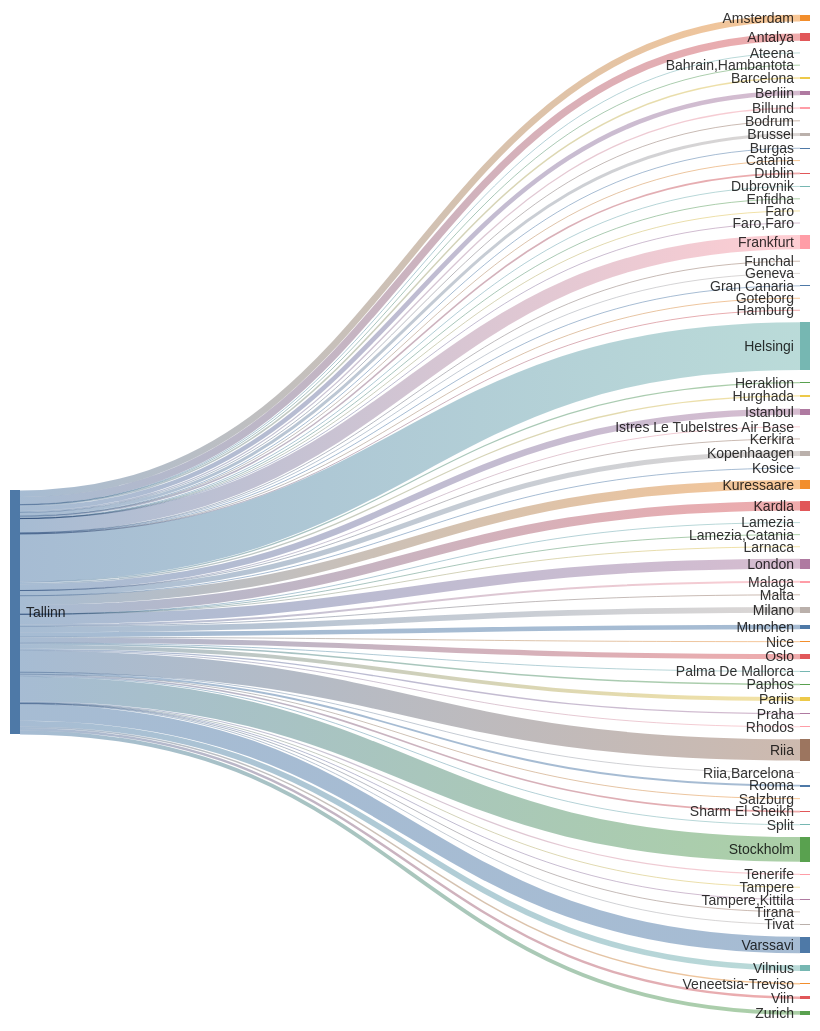
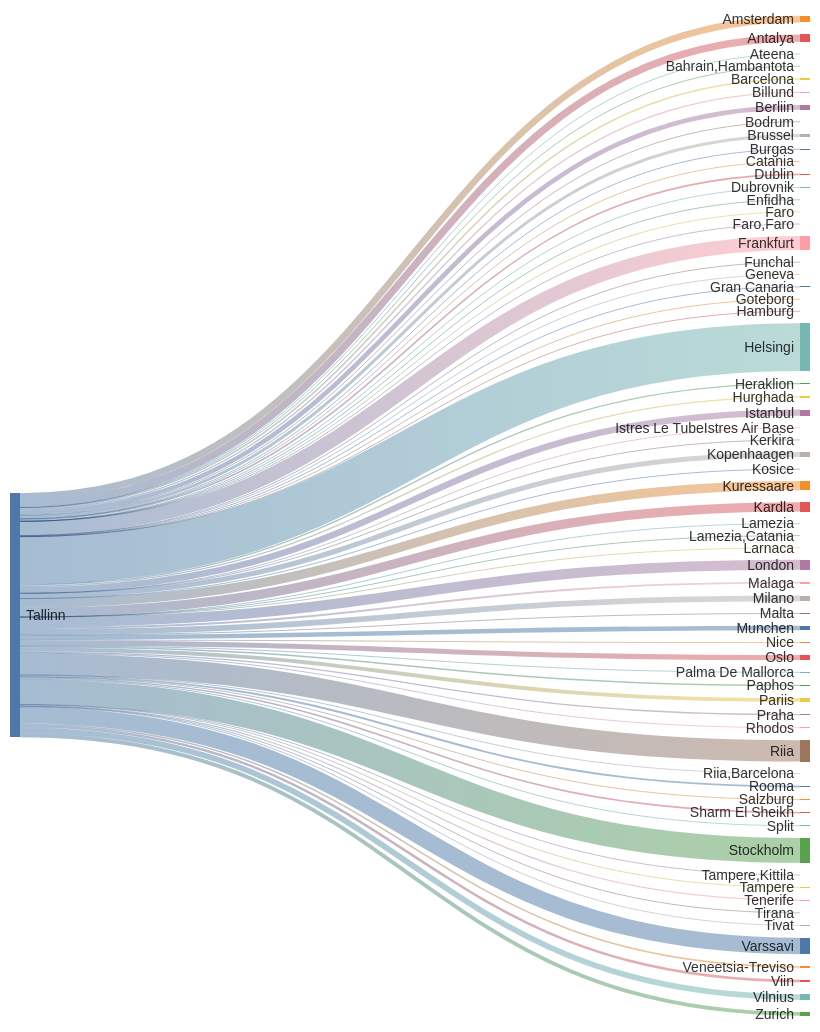
One commit to rainermesi/tll-airport-departures changed the second of 2 diagrams in README.md. Above: the diagram before and after it, drawn with Mermaid. The commit also changed other lines of this file, not shown here.

````diff
--- a/README.md
+++ b/README.md
@@ -34,77 +34,77 @@
 ```mermaid
 ---
 config:
   sankey:
     showValues: false
     width: 800
     height: 1000
 ---
 sankey-beta
 %% source,target,value
-Tallinn,Amsterdam,242
+Tallinn,Amsterdam,243
 Tallinn,Antalya,267
 Tallinn,Ateena,16
 Tallinn,"Bahrain,Hambantota",1
-Tallinn,Barcelona,55
-Tallinn,Berliin,169
+Tallinn,Barcelona,56
+Tallinn,Berliin,171
 Tallinn,Billund,49
 Tallinn,Bodrum,11
-Tallinn,Brussel,110
+Tallinn,Brussel,111
 Tallinn,Burgas,21
 Tallinn,Catania,2
 Tallinn,Dublin,57
 Tallinn,Dubrovnik,21
 Tallinn,Enfidha,7
 Tallinn,Faro,4
 Tallinn,"Faro,Faro",1
-Tallinn,Frankfurt,516
+Tallinn,Frankfurt,518
 Tallinn,Funchal,5
 Tallinn,Geneva,8
-Tallinn,Gran Canaria,27
+Tallinn,Gran Canaria,28
 Tallinn,Goteborg,1
 Tallinn,Hamburg,1
-Tallinn,Helsingi,1746
+Tallinn,Helsingi,1755
 Tallinn,Heraklion,46
 Tallinn,Hurghada,46
-Tallinn,Istanbul,230
+Tallinn,Istanbul,232
 Tallinn,Istres Le TubeIstres Air Base,2
 Tallinn,Kerkira,4
-Tallinn,Kopenhaagen,187
+Tallinn,Kopenhaagen,188
 Tallinn,Kosice,1
-Tallinn,Kuressaare,338
-Tallinn,Kardla,338
+Tallinn,Kuressaare,339
+Tallinn,Kardla,339
 Tallinn,Lamezia,1
 Tallinn,"Lamezia,Catania",3
 Tallinn,Larnaca,4
-Tallinn,London,364
+Tallinn,London,366
 Tallinn,Malaga,69
 Tallinn,Malta,15
-Tallinn,Milano,208
+Tallinn,Milano,209
 Tallinn,Munchen,168
 Tallinn,Nice,25
-Tallinn,Oslo,188
+Tallinn,Oslo,190
 Tallinn,Palma De Mallorca,19
 Tallinn,Paphos,55
-Tallinn,Pariis,141
+Tallinn,Pariis,142
 Tallinn,Praha,49
 Tallinn,Rhodos,32
-Tallinn,Riia,782
+Tallinn,Riia,786
 Tallinn,"Riia,Barcelona",1
-Tallinn,Rooma,69
+Tallinn,Rooma,70
 Tallinn,Salzburg,9
-Tallinn,Sharm El Sheikh,61
+Tallinn,Sharm El Sheikh,62
 Tallinn,Split,25
-Tallinn,Stockholm,905
+Tallinn,Stockholm,910
 Tallinn,Tampere,17
 Tallinn,"Tampere,Kittila",11
 Tallinn,Tenerife,42
 Tallinn,Tirana,8
 Tallinn,Tivat,26
-Tallinn,Varssavi,602
-Tallinn,Veneetsia-Treviso,56
+Tallinn,Varssavi,605
+Tallinn,Veneetsia-Treviso,57
 Tallinn,Viin,90
-Tallinn,Vilnius,212
-Tallinn,Zurich,141
+Tallinn,Vilnius,213
+Tallinn,Zurich,142
 
 
 ```
````
